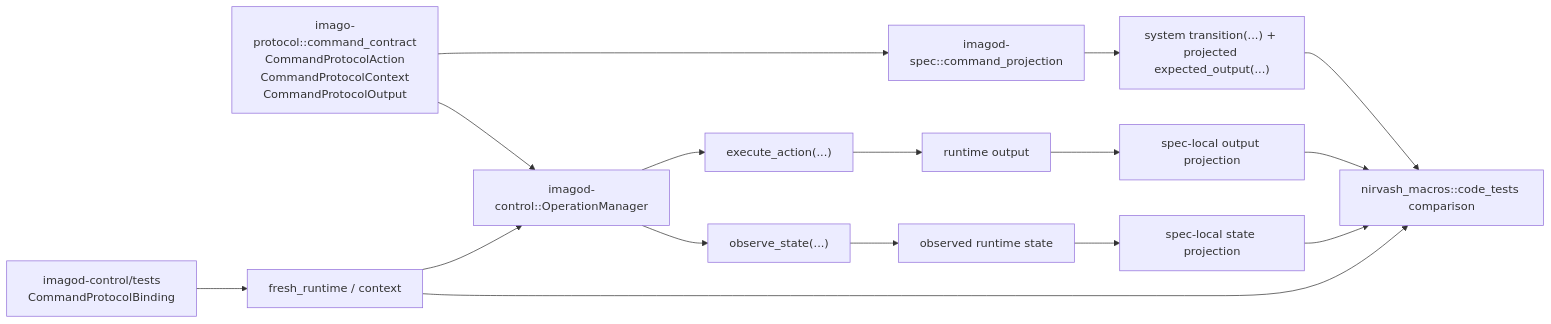
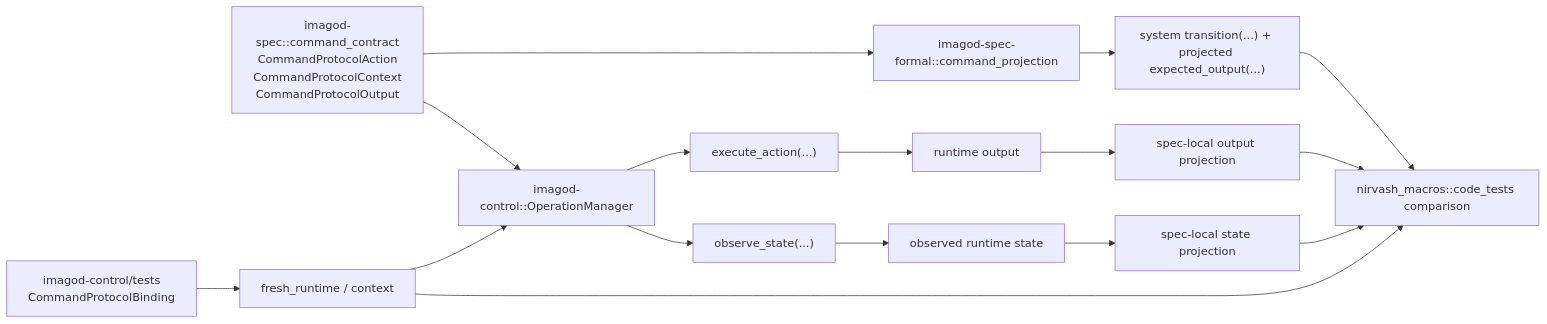
Before and after one commit to yieldspace/imago: the fifth of 5 diagrams in docs/nirvash-and-imagod-control.md, drawn with Mermaid. The commit also changed other lines of this file and 125 other files, not shown here.

Commit message:
Split formal specs from imagod-spec

````diff
--- a/docs/nirvash-and-imagod-control.md
+++ b/docs/nirvash-and-imagod-control.md
@@ -155,18 +157,18 @@
 ```mermaid
 flowchart LR
-    A["imago-protocol::command_contract<br/>CommandProtocolAction<br/>CommandProtocolContext<br/>CommandProtocolOutput"] --> B["imagod-spec::command_projection"]
+    A["imagod-spec::command_contract<br/>CommandProtocolAction<br/>CommandProtocolContext<br/>CommandProtocolOutput"] --> B["imagod-spec-formal::command_projection"]
     A --> C["imagod-control::OperationManager"]
     B --> D["system transition(...) + projected expected_output(...)"]
     F["imagod-control/tests<br/>CommandProtocolBinding"] --> G["fresh_runtime / context"]
     G --> C
     C --> E["execute_action(...)"]
     C --> H["observe_state(...)"]
     E --> I["runtime output"]
     H --> J["observed runtime state"]
     I --> K["spec-local output projection"]
     J --> L["spec-local state projection"]
     D --> M["nirvash_macros::code_tests comparison"]
     G --> M
     K --> M
     L --> M
 ```
````
